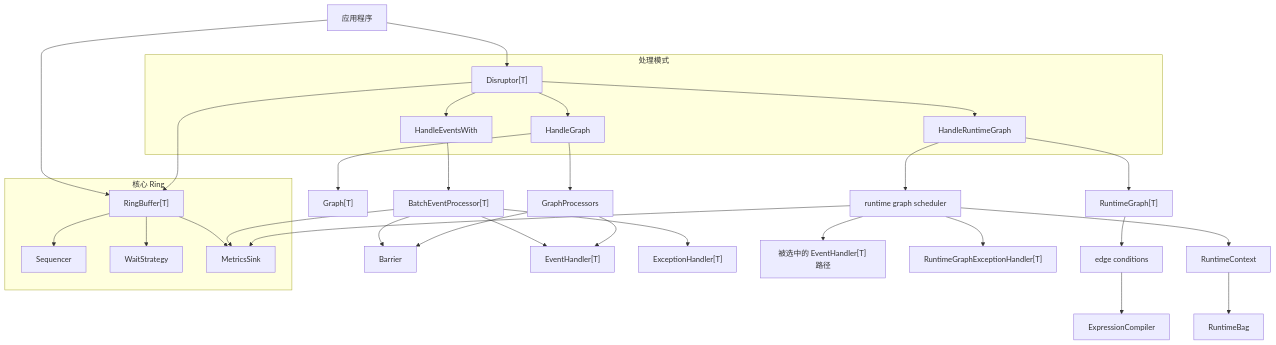
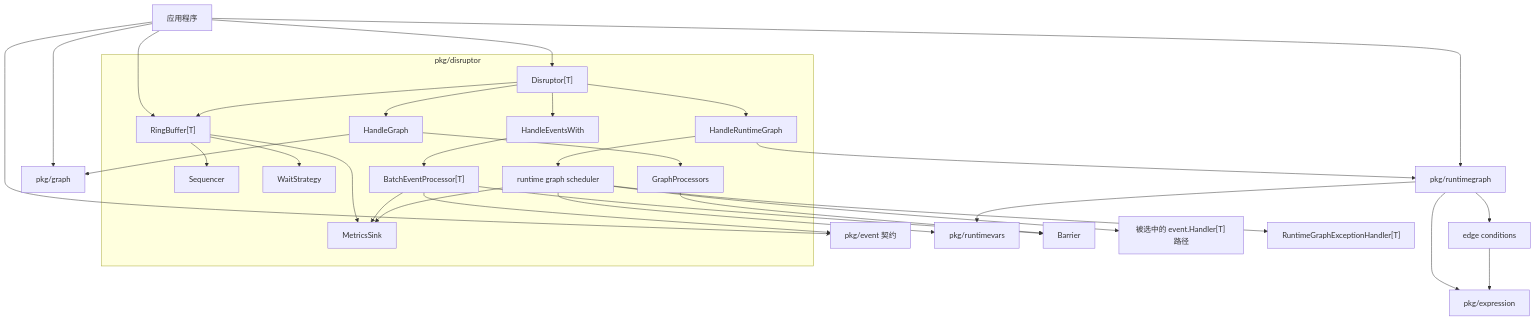
One commit to photowey/disruptor.go changed the first of 5 diagrams in README.zh-CN.md. Above: the diagram before and after it, drawn with Mermaid. The commit also changed other lines of this file and 71 other files, not shown here.

````diff
--- a/README.zh-CN.md
+++ b/README.zh-CN.md
@@ -152,38 +158,37 @@
 ```mermaid
 flowchart TB
     App["应用程序"] --> D["Disruptor[T]"]
     App --> RB["RingBuffer[T]"]
-    D --> RB
+    App --> EventPkg["pkg/event 契约"]
+    App --> GraphPkg["pkg/graph"]
+    App --> RuntimeGraphPkg["pkg/runtimegraph"]
+    RuntimeGraphPkg --> ExprPkg["pkg/expression"]
+    RuntimeGraphPkg --> VarsPkg["pkg/runtimevars"]
 
-    subgraph Core["核心 Ring"]
+    subgraph DisruptorPkg["pkg/disruptor"]
+        D --> RB
         RB --> S["Sequencer"]
         RB --> W["WaitStrategy"]
         RB --> M["MetricsSink"]
-    end
 
-    subgraph Modes["处理模式"]
         D --> Fanout["HandleEventsWith"]
         D --> StaticGraph["HandleGraph"]
         D --> RuntimeGraphMode["HandleRuntimeGraph"]
+        Fanout --> P["BatchEventProcessor[T]"]
+        StaticGraph --> GP["GraphProcessors"]
+        RuntimeGraphMode --> RSP["runtime graph scheduler"]
     end
 
-    Fanout --> P["BatchEventProcessor[T]"]
-    StaticGraph --> G["Graph[T]"]
-    StaticGraph --> GP["GraphProcessors"]
-    RuntimeGraphMode --> RG["RuntimeGraph[T]"]
-    RuntimeGraphMode --> RSP["runtime graph scheduler"]
-
     P --> B["Barrier"]
-    P --> H["EventHandler[T]"]
-    P --> E["ExceptionHandler[T]"]
+    P --> EventPkg
     GP --> B
-    GP --> H
-    RG --> EC["edge conditions"]
-    EC --> XC["ExpressionCompiler"]
-    RSP --> RC["RuntimeContext"]
-    RC --> Bag["RuntimeBag"]
-    RSP --> RH["被选中的 EventHandler[T] 路径"]
+    StaticGraph --> GraphPkg
+    RuntimeGraphMode --> RuntimeGraphPkg
+    RuntimeGraphPkg --> EC["edge conditions"]
+    EC --> ExprPkg
+    RSP --> VarsPkg
+    RSP --> RH["被选中的 event.Handler[T] 路径"]
     RSP --> RE["RuntimeGraphExceptionHandler[T]"]
     P --> M
     RSP --> M
 ```
````
